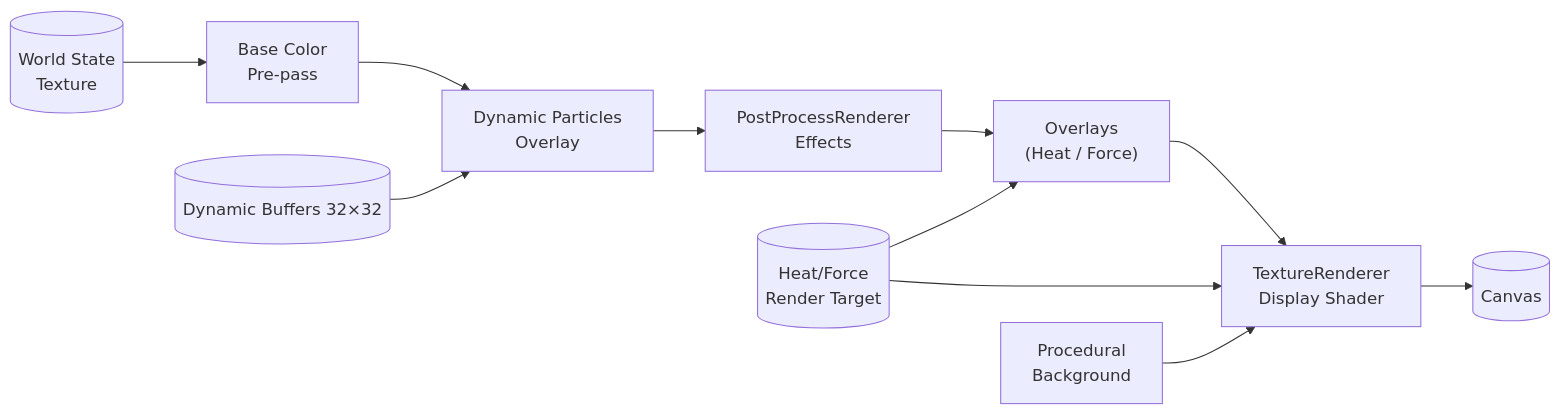
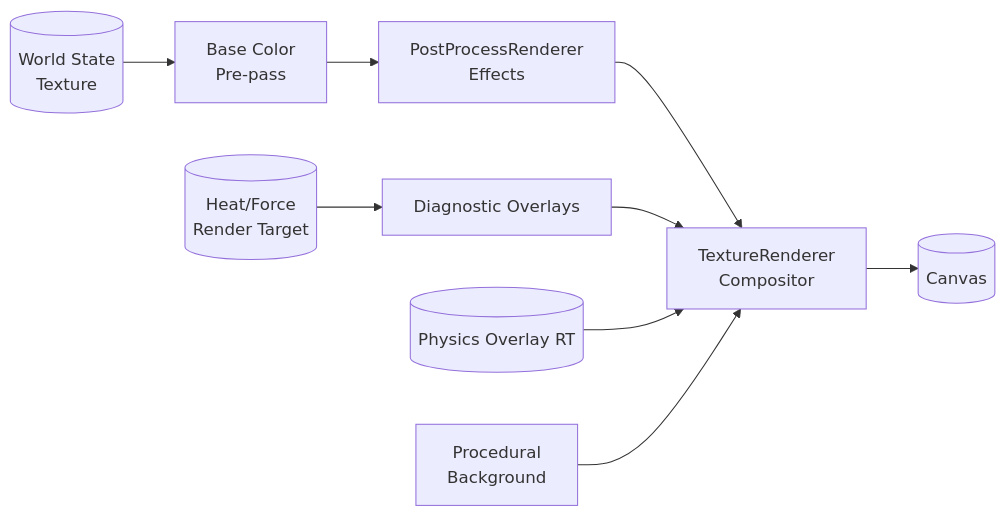
Before and after one commit to gurbano/sandymarton: the diagram in docs/rendering.md, drawn with Mermaid. The commit also changed other lines of this file and 6 other files, not shown here.

````diff
--- a/docs/rendering.md
+++ b/docs/rendering.md
@@ -7,13 +7,11 @@
 ```mermaid
 flowchart LR
   State[(World State<br/>Texture)] --> BaseColor["Base Color<br/>Pre-pass"]
-  BaseColor --> DynOverlay["Dynamic Particles<br/>Overlay"]
-  DynOverlay --> PostFX["PostProcessRenderer<br/>Effects"]
-  PostFX --> Overlays["Overlays<br/>(Heat / Force)"]
-  Overlays --> FinalQuad["TextureRenderer<br/>Display Shader"]
-  FinalQuad --> Canvas[(Canvas)]
-  Heat[(Heat/Force<br/>Render Target)] --> Overlays
-  Heat --> FinalQuad
-  Background["Procedural<br/>Background"] --> FinalQuad
-  DynBuffers[(Dynamic Buffers 32×32)] --> DynOverlay
+  BaseColor --> PostFX["PostProcessRenderer<br/>Effects"]
+  PostFX --> Combine["TextureRenderer<br/>Compositor"]
+  Heat[(Heat/Force<br/>Render Target)] --> Overlays["Diagnostic Overlays"]
+  Overlays --> Combine
+  PhysicsRT[(Physics Overlay RT)] --> Combine
+  Background["Procedural<br/>Background"] --> Combine
+  Combine --> Canvas[(Canvas)]
 ```
````
